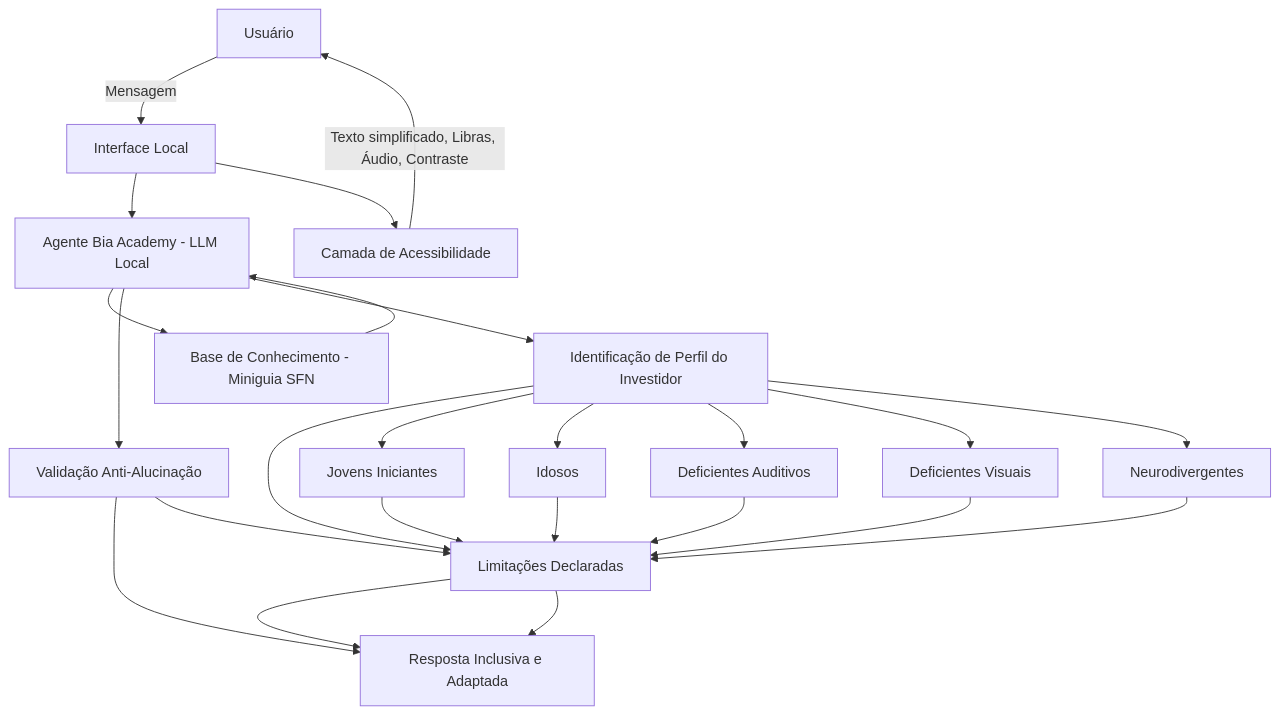
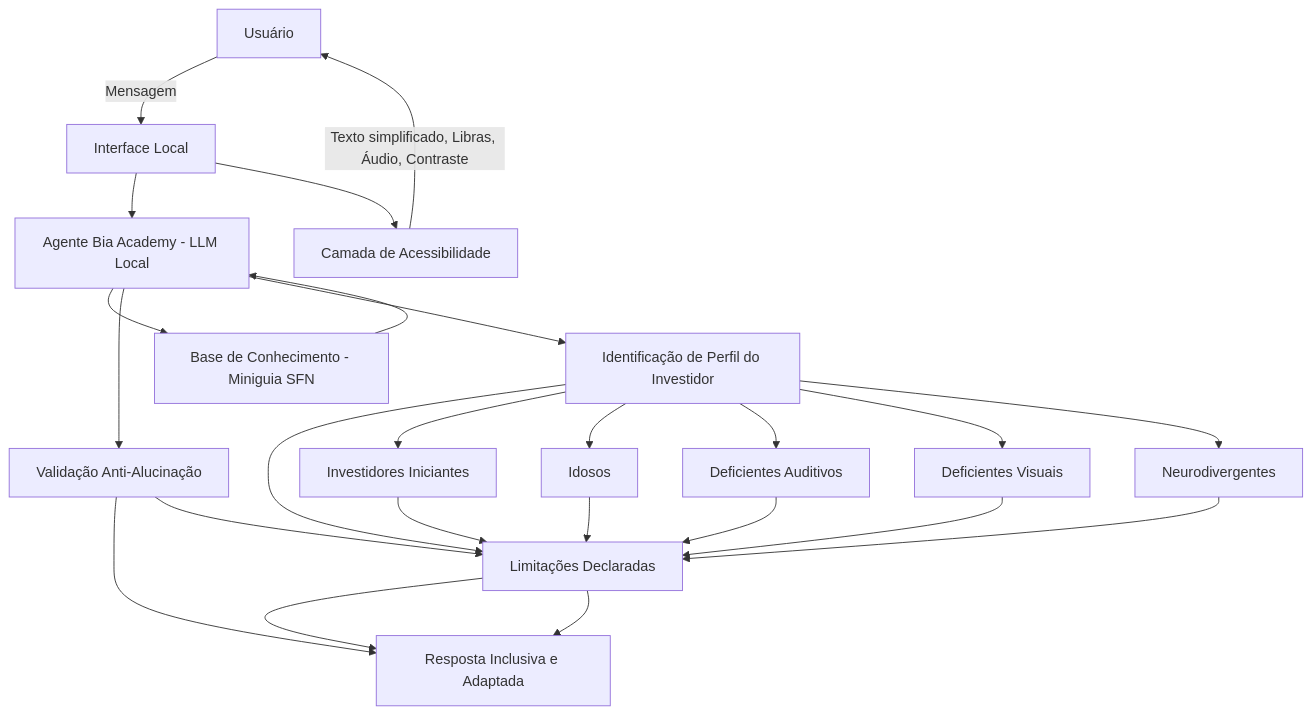
One commit to BARBARANFS/dio-lab-bia-do-futuro changed the diagram in docs/01-documentacao-agente.md. Above: the diagram before and after it, drawn with Mermaid. The commit also changed other lines of this file, not shown here.

````diff
--- a/docs/01-documentacao-agente.md
+++ b/docs/01-documentacao-agente.md
@@ -84,56 +89,56 @@
 ```mermaid
 flowchart TD
     A[Usuário] -->|Mensagem| B[Interface Local]
     B --> C[Agente Bia Academy - LLM Local]
     C --> D[Base de Conhecimento - Miniguia SFN]
     D --> C
     C --> E[Validação Anti-Alucinação]
     E --> F[Resposta Inclusiva e Adaptada]
 
     %% Etapa de Acessibilidade
     B --> G[Camada de Acessibilidade]
     G -->|Texto simplificado, Libras, Áudio, Contraste| A
 
     %% Etapa de Adaptação de Perfil
     C --> H[Identificação de Perfil do Investidor]
     H --> I[Adaptação da Linguagem e Conteúdo]
     I --> F
 
     %% Perfis Considerados
-    H --> J[Jovens Iniciantes]
+    H --> J[Investidores Iniciantes]
     H --> K[Idosos]
     H --> L[Deficientes Auditivos]
     H --> M[Deficientes Visuais]
     H --> N[Neurodivergentes]
 
     %% Direcionamento Educativo
     J --> I
     K --> I
     L --> I
     M --> I
     N --> I
 
 %% Segurança
     E --> I[Limitações Declaradas]
     I --> F
 
 
 
 
 
 
 
 
 
 
 
 
 
 
 
 
 
 
 
 
 ```
````
